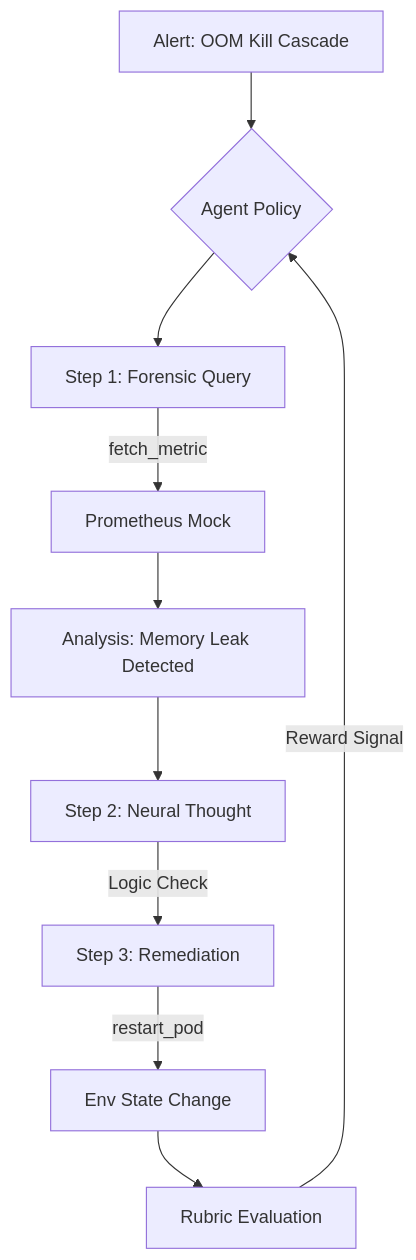
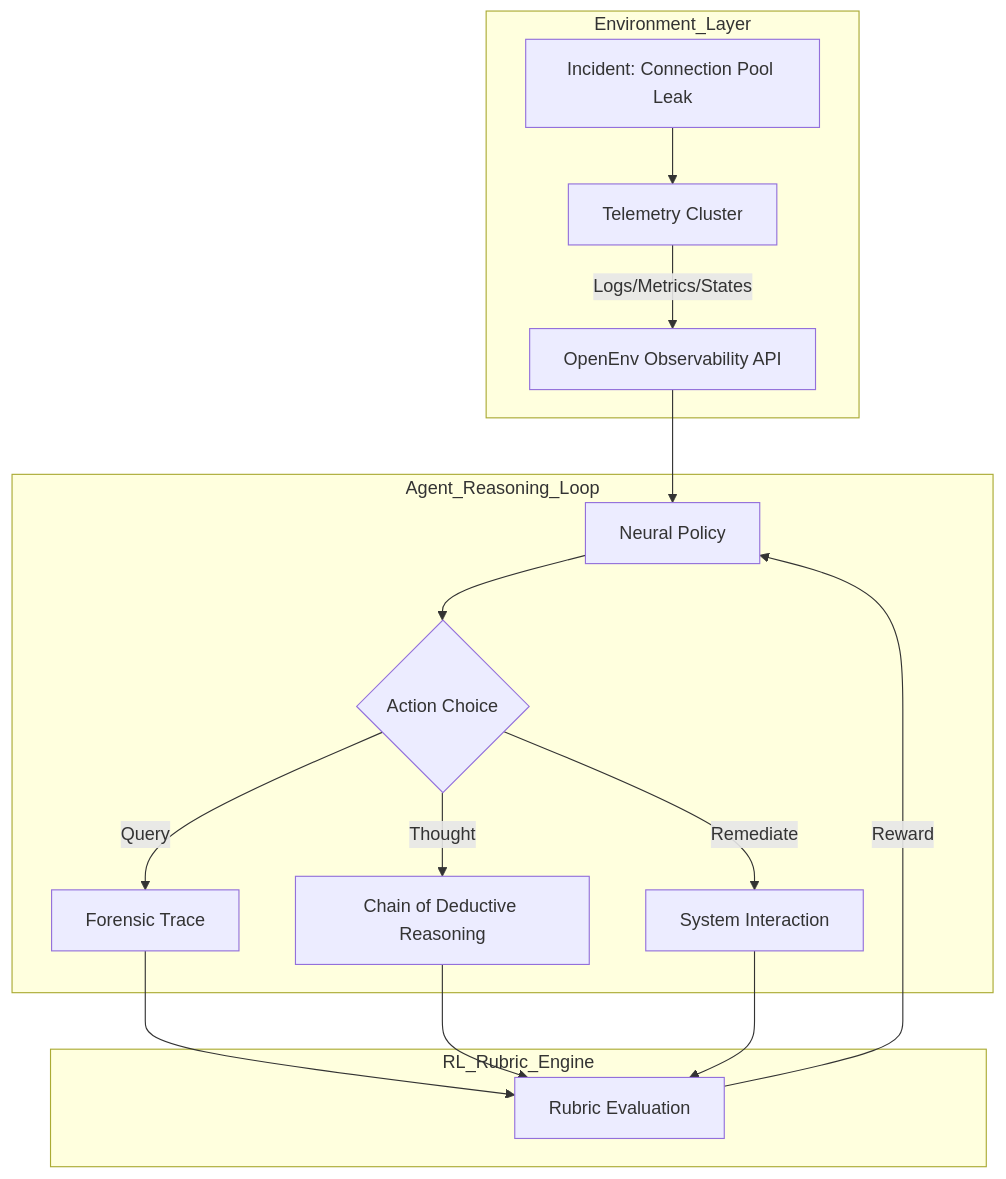
One commit to mohit4901/incidentmind changed the diagram in README.md. Above: the diagram before and after it, drawn with Mermaid. The commit also changed other lines of this file, not shown here.

````diff
--- a/README.md
+++ b/README.md
@@ -40,12 +65,20 @@
 ```mermaid
 graph TD
-    A[Alert: OOM Kill Cascade] --> B{Agent Policy}
-    B --> C[Step 1: Forensic Query]
-    C -->|fetch_metric| D[Prometheus Mock]
-    D --> E[Analysis: Memory Leak Detected]
-    E --> F[Step 2: Neural Thought]
-    F -->|Logic Check| G[Step 3: Remediation]
-    G -->|restart_pod| H[Env State Change]
-    H --> I[Rubric Evaluation]
-    I -->|Reward Signal| B
+    subgraph Environment_Layer
+        A[Incident: Connection Pool Leak] --> B[Telemetry Cluster]
+        B -->|Logs/Metrics/States| C[OpenEnv Observability API]
+    end
+    
+    subgraph Agent_Reasoning_Loop
+        C --> D[Neural Policy]
+        D --> E{Action Choice}
+        E -->|Query| F[Forensic Trace]
+        E -->|Thought| G[Chain of Deductive Reasoning]
+        E -->|Remediate| H[System Interaction]
+    end
+    
+    subgraph RL_Rubric_Engine
+        F & G & H --> I[Rubric Evaluation]
+        I -->|Reward | D
+    end
 ```
````
